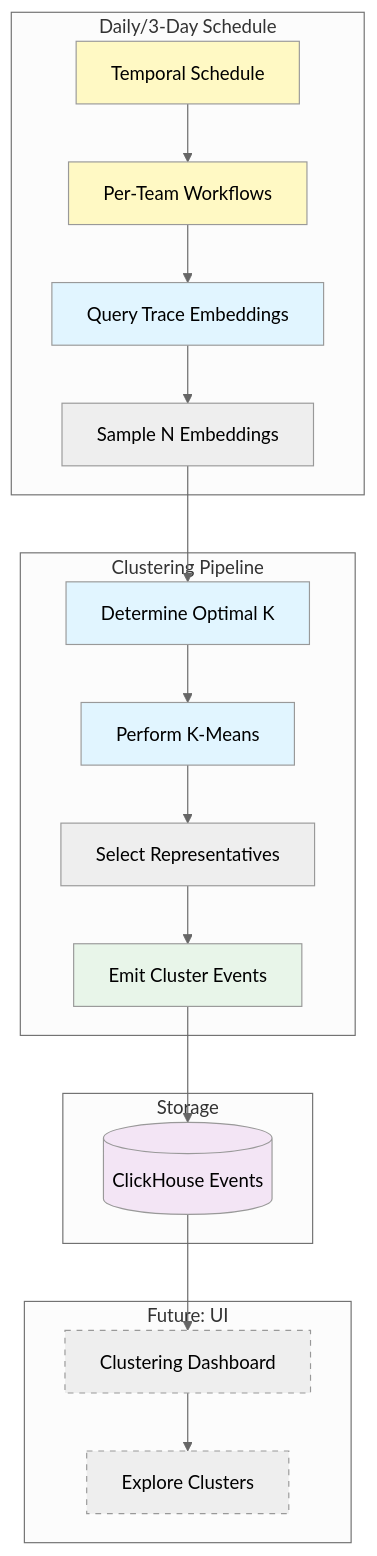
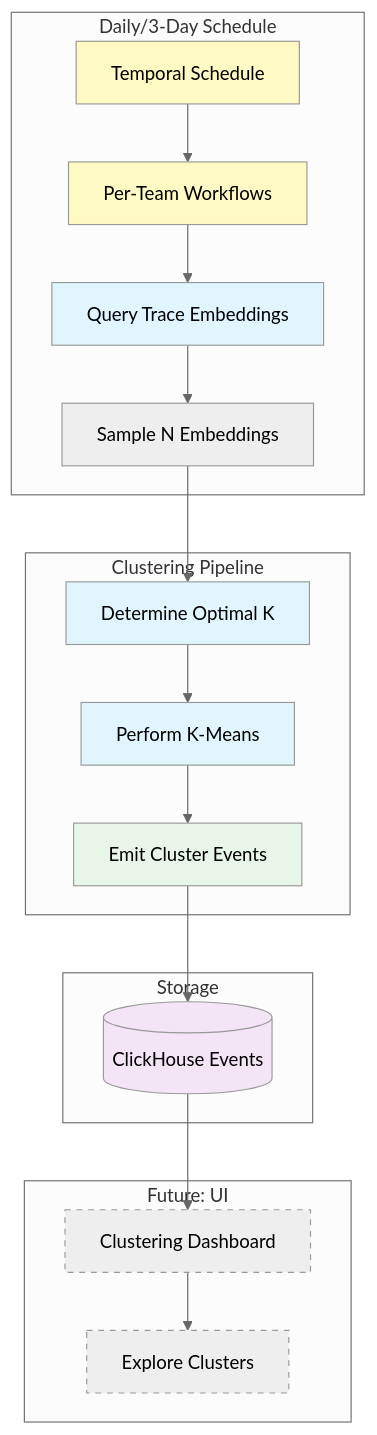
Before and after one commit to sadfun/posthog: the diagram in posthog/temporal/llm_analytics/trace_clustering/README.md, drawn with Mermaid (neutral theme). The commit also changed other lines of this file, not shown here.

````diff
--- a/posthog/temporal/llm_analytics/trace_clustering/README.md
+++ b/posthog/temporal/llm_analytics/trace_clustering/README.md
@@ -40,34 +41,33 @@
 ```mermaid
 graph TB
     subgraph "Daily/3-Day Schedule"
         SCHED[Temporal Schedule] --> COORD[Per-Team Workflows]
         COORD --> QUERY[Query Trace Embeddings]
         QUERY --> SAMPLE[Sample N Embeddings]
     end
 
     subgraph "Clustering Pipeline"
         SAMPLE --> OPTIMAL[Determine Optimal K]
         OPTIMAL --> CLUSTER[Perform K-Means]
-        CLUSTER --> SELECT[Select Representatives]
-        SELECT --> EMIT[Emit Cluster Events]
+        CLUSTER --> EMIT[Emit Cluster Events]
     end
 
     subgraph "Storage"
         EMIT --> CH[(ClickHouse Events)]
     end
 
     subgraph "Future: UI"
         CH --> UI[Clustering Dashboard]
         UI --> EXPLORE[Explore Clusters]
     end
 
     style SCHED fill:#fff9c4
     style COORD fill:#fff9c4
     style QUERY fill:#e1f5ff
     style OPTIMAL fill:#e1f5ff
     style CLUSTER fill:#e1f5ff
     style EMIT fill:#e8f5e9
     style CH fill:#f3e5f5
     style UI fill:#eeeeee,stroke-dasharray: 5 5
     style EXPLORE fill:#eeeeee,stroke-dasharray: 5 5
 ```
````
